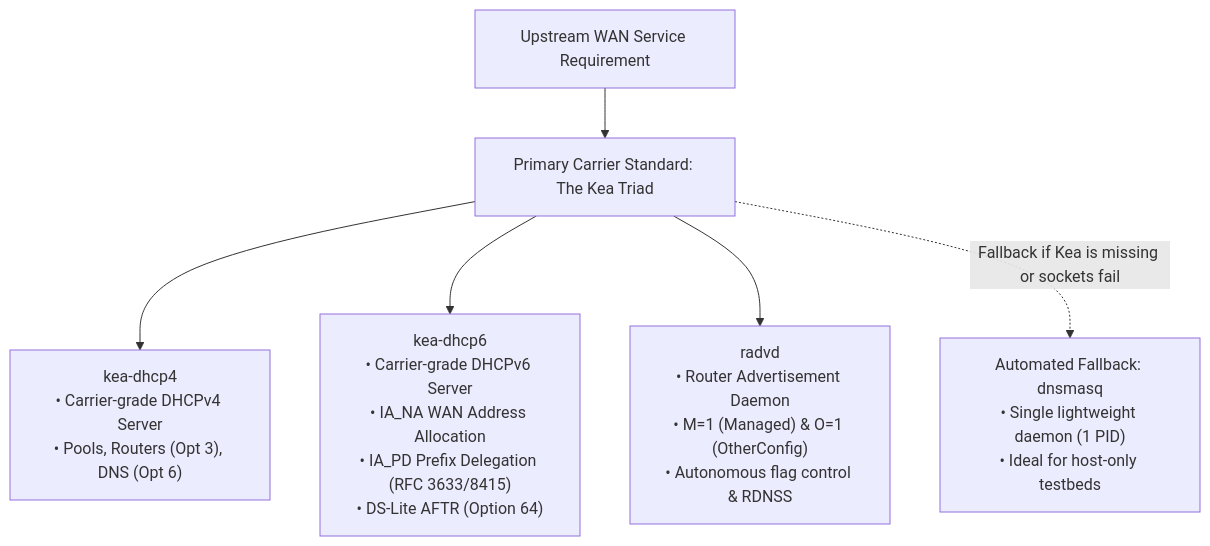
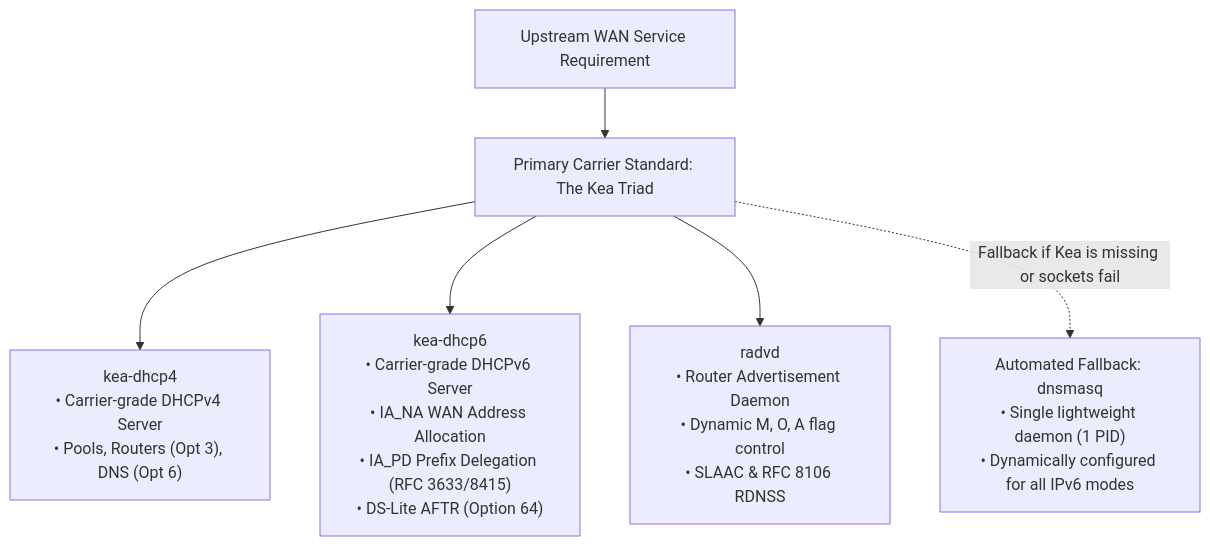
One commit to dddat101/skills changed the diagram in network-test-lab/references/dhcp_and_namespace_isolation.md. Above: the diagram before and after it, drawn with Mermaid. The commit also changed other lines of this file and 10 other files, not shown here.

````diff
--- a/network-test-lab/references/dhcp_and_namespace_isolation.md
+++ b/network-test-lab/references/dhcp_and_namespace_isolation.md
@@ -88,10 +88,10 @@
 ```mermaid
 flowchart TD
     REQ["Upstream WAN Service Requirement"] --> ARCH["Primary Carrier Standard: The Kea Triad"]
     
     ARCH --> K4["kea-dhcp4<br>• Carrier-grade DHCPv4 Server<br>• Pools, Routers (Opt 3), DNS (Opt 6)"]
     ARCH --> K6["kea-dhcp6<br>• Carrier-grade DHCPv6 Server<br>• IA_NA WAN Address Allocation<br>• IA_PD Prefix Delegation (RFC 3633/8415)<br>• DS-Lite AFTR (Option 64)"]
-    ARCH --> RAD["radvd<br>• Router Advertisement Daemon<br>• M=1 (Managed) & O=1 (OtherConfig)<br>• Autonomous flag control & RDNSS"]
+    ARCH --> RAD["radvd<br>• Router Advertisement Daemon<br>• Dynamic M, O, A flag control<br>• SLAAC & RFC 8106 RDNSS"]
     
-    ARCH -.->|"Fallback if Kea is missing or sockets fail"| FALLBACK["Automated Fallback: dnsmasq<br>• Single lightweight daemon (1 PID)<br>• Ideal for host-only testbeds"]
+    ARCH -.->|"Fallback if Kea is missing or sockets fail"| FALLBACK["Automated Fallback: dnsmasq<br>• Single lightweight daemon (1 PID)<br>• Dynamically configured for all IPv6 modes"]
 ```
````
